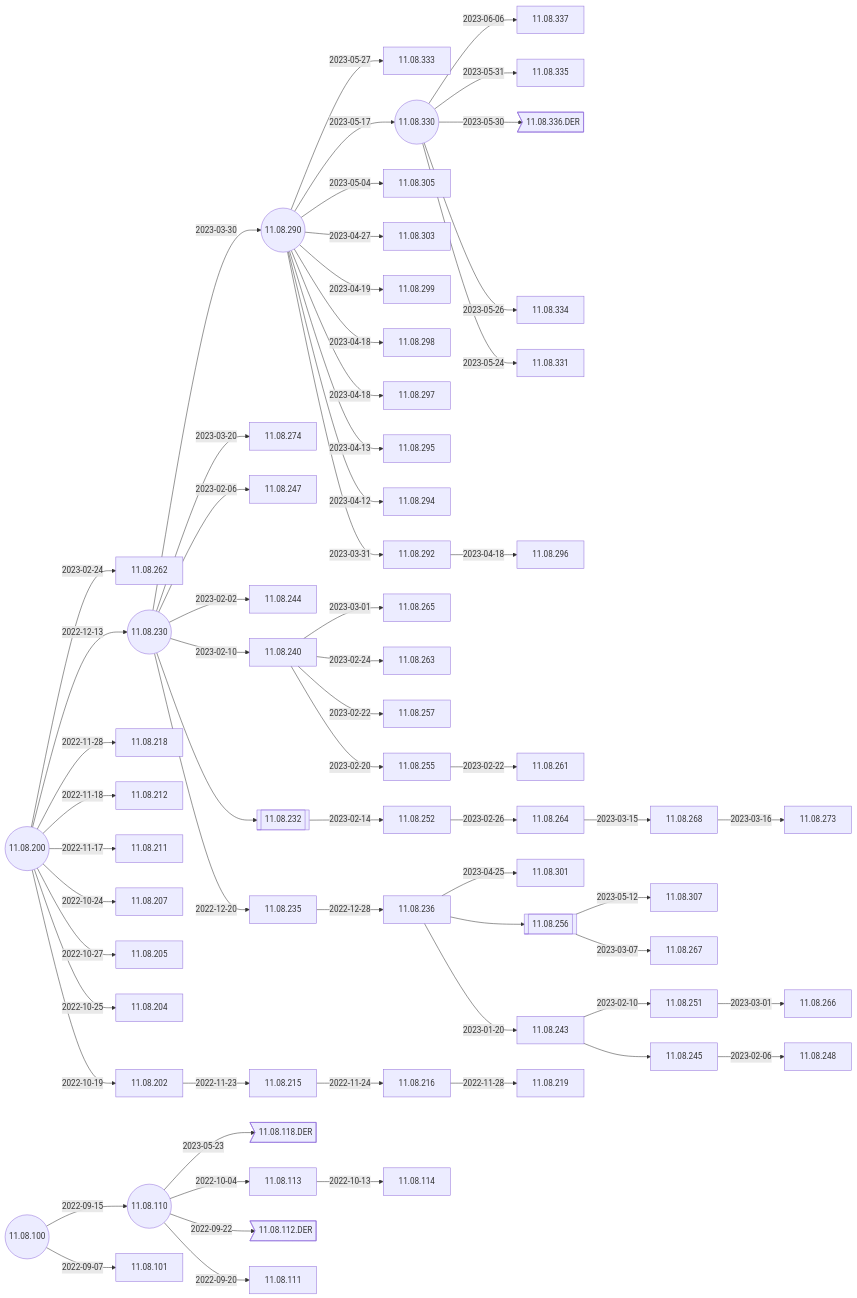
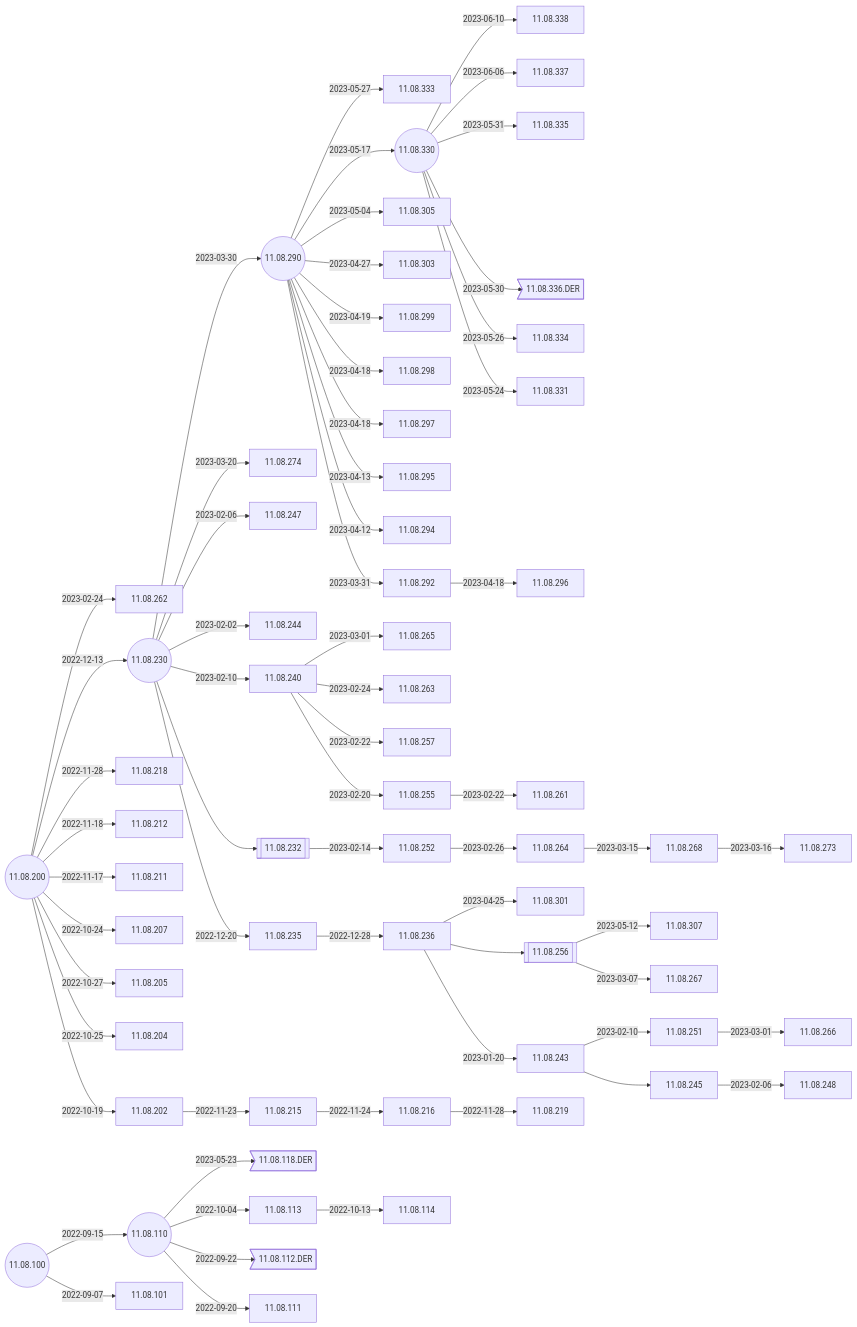
Before and after one commit to IGEL-Community/IGEL-Docs-v02: the second of 4 diagrams in docs/Docs/ReleaseNotes/01-OS11/README.md, drawn with Mermaid. The commit also changed 2 other files, not shown here.

Commit message:
11.08.338 <- 11.08.330

````diff
--- a/docs/Docs/ReleaseNotes/01-OS11/README.md
+++ b/docs/Docs/ReleaseNotes/01-OS11/README.md
@@ -39,5 +39,6 @@
 ```mermaid
 flowchart LR
+    11.08.330-- 2023-06-10 -->11.08.338
     11.08.330-- 2023-06-06 -->11.08.337
     11.08.330-- 2023-05-31 -->11.08.335
     11.08.330-- 2023-05-30 -->11.08.336.DER>11.08.336.DER]
@@ -83,6 +84,7 @@
     11.08.110((11.08.110))-- 2022-09-22 -->11.08.112.DER>11.08.112.DER]
     11.08.100-- 2022-09-15 -->11.08.110-- 2022-09-20 -->11.08.111
     11.08.100((11.08.100))-- 2022-09-07 -->11.08.101
+    click 11.08.338 "https://github.com/IGEL-Community/IGEL-Docs-v02/tree/main/docs/Docs/ReleaseNotes/01-OS11/readme11.08.338.txt" _blank
     click 11.08.337 "https://github.com/IGEL-Community/IGEL-Docs-v02/tree/main/docs/Docs/ReleaseNotes/01-OS11/readme11.08.337.txt" _blank
     click 11.08.335 "https://github.com/IGEL-Community/IGEL-Docs-v02/tree/main/docs/Docs/ReleaseNotes/01-OS11/readme11.08.335.txt" _blank
     click 11.08.336.DER "https://github.com/IGEL-Community/IGEL-Docs-v02/tree/main/docs/Docs/ReleaseNotes/01-OS11/readme11.08.336.DER.txt" _blank
````
